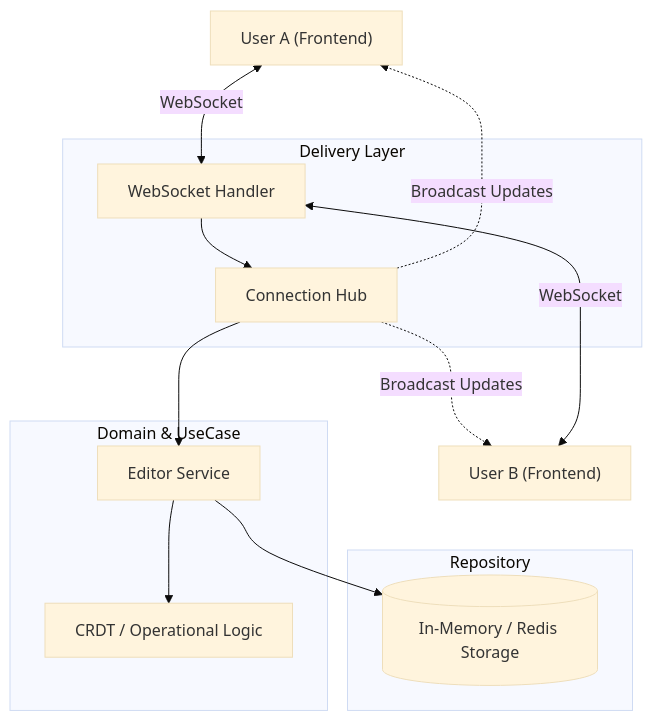
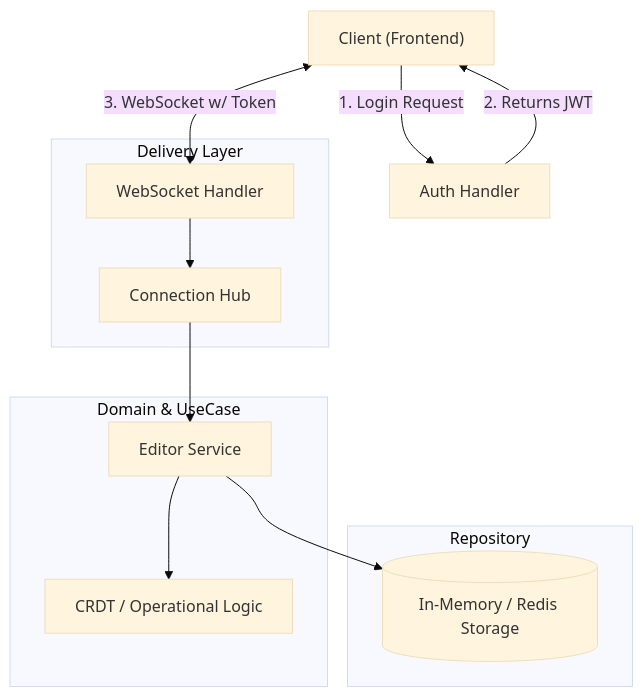
The diagram in README.md (Kunal-3004/go-collab-editor), drawn with Mermaid (base theme) before and after one commit. The commit also changed other lines of this file, not shown here.

Commit message:
Fixed merge conflict

````diff
--- a/README.md
+++ b/README.md
@@ -16,26 +16,25 @@
 ```mermaid
 graph TD
-    ClientA["User A (Frontend)"] <-->|WebSocket| Handler
-    ClientB["User B (Frontend)"] <-->|WebSocket| Handler
-    
+    Client["Client (Frontend)"] -->|1. Login Request| Auth[Auth Handler]
+    Auth -->|2. Returns JWT| Client
+    Client <-->|3. WebSocket w/ Token| Handler
+
     subgraph "Delivery Layer"
         Handler[WebSocket Handler]
         Hub[Connection Hub]
     end
     
     subgraph "Domain & UseCase"
         Service[Editor Service]
         Logic["CRDT / Operational Logic"]
     end
     
     subgraph "Repository"
         Repo[("In-Memory / Redis Storage")]
     end
 
     Handler --> Hub
     Hub --> Service
     Service --> Logic
     Service --> Repo
-    Hub -.->|Broadcast Updates| ClientA
-    Hub -.->|Broadcast Updates| ClientB
 ```
````
